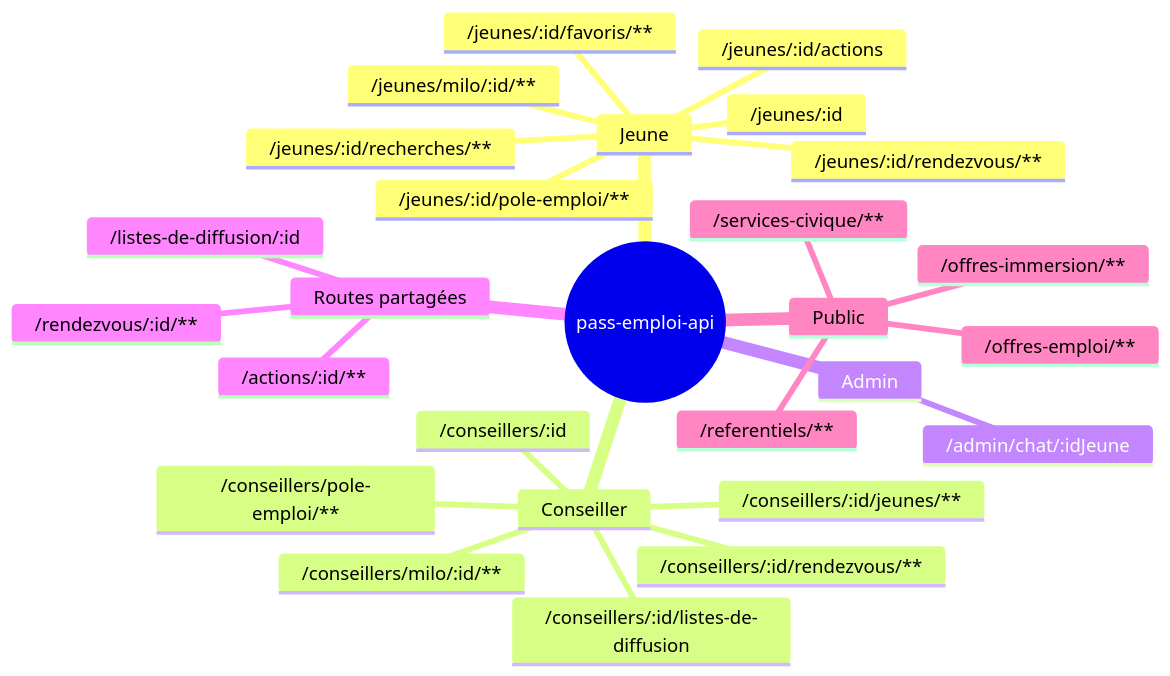
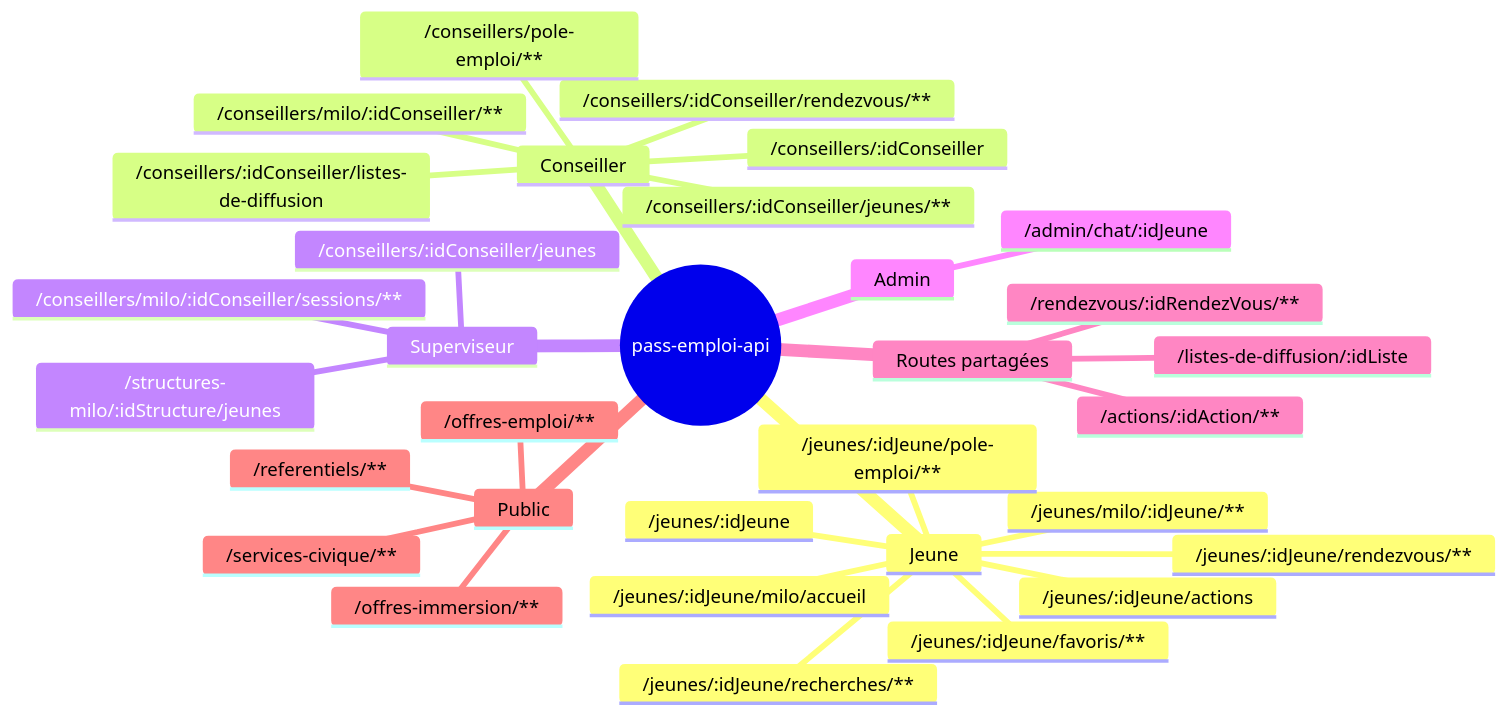
Before and after one commit to France-Travail/pass-emploi-api: the fourth of 4 diagrams in docs/actors/README.md, drawn with Mermaid.

Commit message:
docs: fix mindmap routes et ajout superviseur

````diff
--- a/docs/actors/README.md
+++ b/docs/actors/README.md
@@ -99,31 +99,36 @@
 ```mermaid
 mindmap
   root((pass-emploi-api))
     Jeune
-      /jeunes/:id
-      /jeunes/:id/actions
-      /jeunes/:id/favoris/**
-      /jeunes/:id/recherches/**
-      /jeunes/:id/rendezvous/**
-      /jeunes/milo/:id/**
-      /jeunes/:id/pole-emploi/**
+      /jeunes/:idJeune
+      /jeunes/:idJeune/actions
+      /jeunes/:idJeune/favoris/**
+      /jeunes/:idJeune/recherches/**
+      /jeunes/:idJeune/rendezvous/**
+      /jeunes/:idJeune/milo/accueil
+      /jeunes/milo/:idJeune/**
+      /jeunes/:idJeune/pole-emploi/**
     Conseiller
-      /conseillers/:id
-      /conseillers/:id/jeunes/**
-      /conseillers/:id/rendezvous/**
-      /conseillers/milo/:id/**
+      /conseillers/:idConseiller
+      /conseillers/:idConseiller/jeunes/**
+      /conseillers/:idConseiller/rendezvous/**
+      /conseillers/milo/:idConseiller/**
       /conseillers/pole-emploi/**
-      /conseillers/:id/listes-de-diffusion
+      /conseillers/:idConseiller/listes-de-diffusion
+    Superviseur
+      /conseillers/:idConseiller/jeunes
+      /conseillers/milo/:idConseiller/sessions/**
+      /structures-milo/:idStructure/jeunes
     Admin
       /admin/chat/:idJeune
     Routes partagées
-      /actions/:id/**
-      /rendezvous/:id/**
-      /listes-de-diffusion/:id
+      /actions/:idAction/**
+      /rendezvous/:idRendezVous/**
+      /listes-de-diffusion/:idListe
     Public
       /offres-emploi/**
       /offres-immersion/**
       /services-civique/**
       /referentiels/**
 
 ```
````
